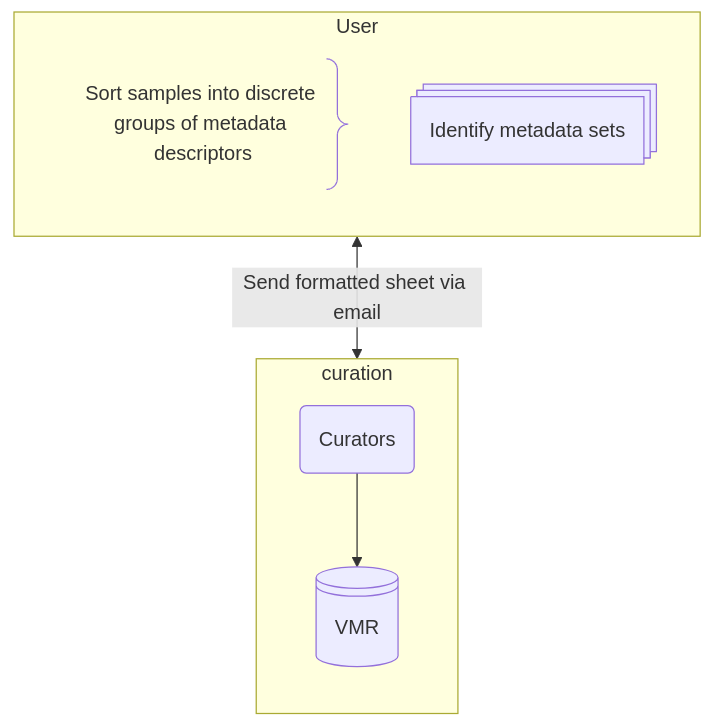
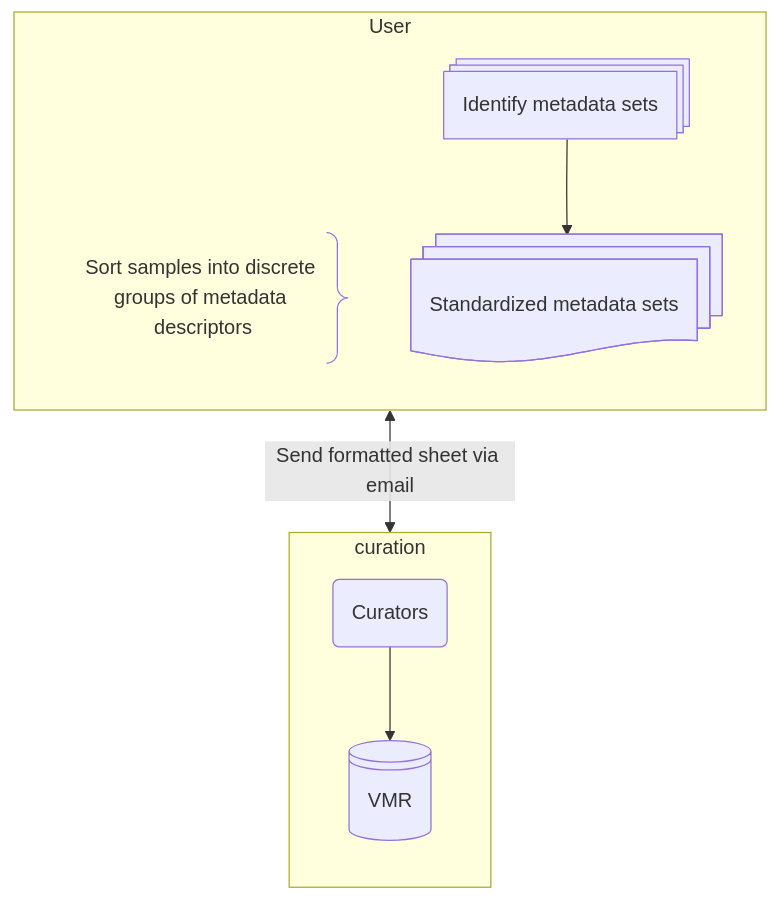
One commit to grdi-amr/docs-and-SOPs changed the second of 2 diagrams in metadata_standards_sop.md. Above: the diagram before and after it, drawn with Mermaid.

Commit message:
Adds node to user

````diff
--- a/metadata_standards_sop.md
+++ b/metadata_standards_sop.md
@@ -107,20 +107,22 @@
 ```mermaid
 
 graph TD;
 
 subgraph User
     direction TB
     A_note@{ shape: brace-r, label: "Sort samples into discrete groups of metadata descriptors"}
     A@{ shape: processes, label: "Identify metadata sets"}
+    B@{ shape: docs, label: "Standardized metadata sets"}
+    A --> B
 end
 
 subgraph curation
     direction TB
     curators@{ shape: rounded, label: "Curators"}
     vmr@{ shape: lin-cyl, label: "VMR" }
     curators --> vmr
 end
 
 A <-- "Send formatted sheet via email" --> curators
 
 ```
````
